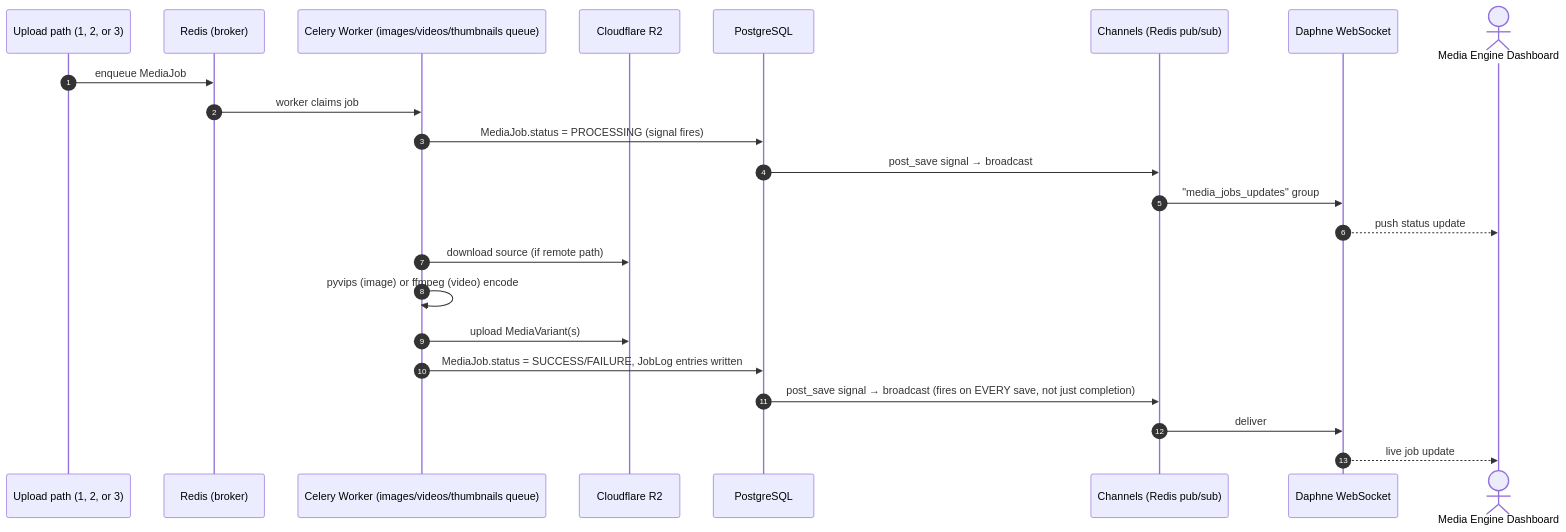
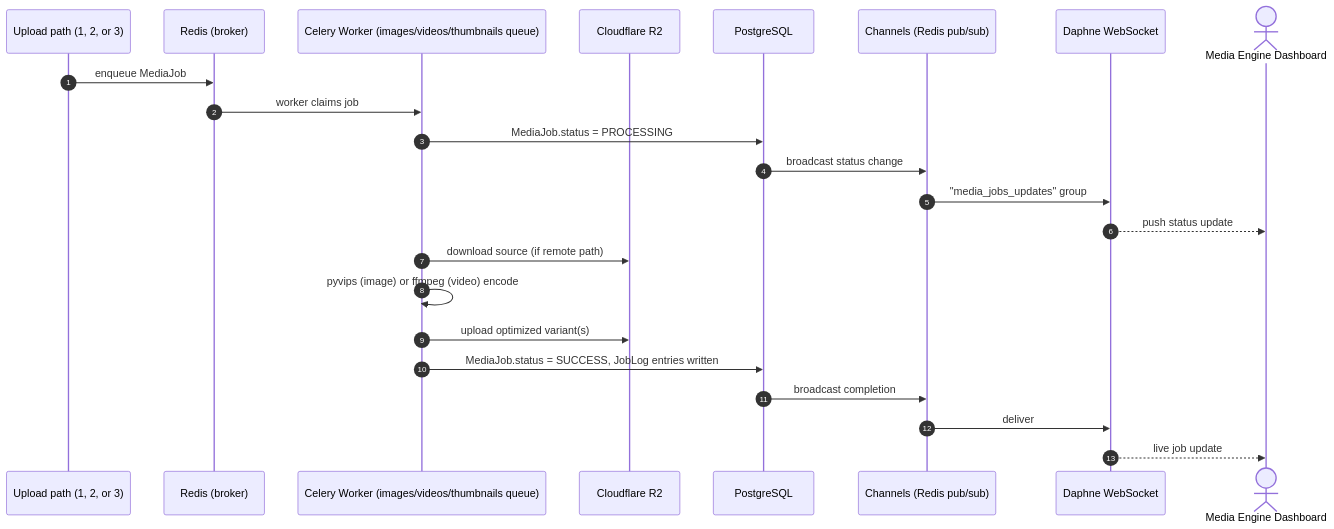
Before and after one commit to ss-travingat/devportal: the third of 4 diagrams in src/docs/Media-Engine.md, drawn with Mermaid. The commit also changed other lines of this file, not shown here.

First line of the commit message:
docs: rewrite Media Engine doc without internal audit/correction framing

````diff
--- a/src/docs/Media-Engine.md
+++ b/src/docs/Media-Engine.md
@@ -175,26 +169,26 @@
 ```mermaid
 sequenceDiagram
     autonumber
     participant Trigger as Upload path (1, 2, or 3)
     participant Redis as Redis (broker)
     participant Worker as Celery Worker (images/videos/thumbnails queue)
     participant R2 as Cloudflare R2
     participant DB as PostgreSQL
     participant Chan as Channels (Redis pub/sub)
     participant WS as Daphne WebSocket
     actor Dashboard as Media Engine Dashboard
 
     Trigger->>Redis: enqueue MediaJob
     Redis->>Worker: worker claims job
-    Worker->>DB: MediaJob.status = PROCESSING (signal fires)
-    DB->>Chan: post_save signal → broadcast
+    Worker->>DB: MediaJob.status = PROCESSING
+    DB->>Chan: broadcast status change
     Chan->>WS: "media_jobs_updates" group
     WS-->>Dashboard: push status update
     Worker->>R2: download source (if remote path)
     Worker->>Worker: pyvips (image) or ffmpeg (video) encode
-    Worker->>R2: upload MediaVariant(s)
-    Worker->>DB: MediaJob.status = SUCCESS/FAILURE, JobLog entries written
-    DB->>Chan: post_save signal → broadcast (fires on EVERY save, not just completion)
+    Worker->>R2: upload optimized variant(s)
+    Worker->>DB: MediaJob.status = SUCCESS, JobLog entries written
+    DB->>Chan: broadcast completion
     Chan->>WS: deliver
     WS-->>Dashboard: live job update
 ```
````
